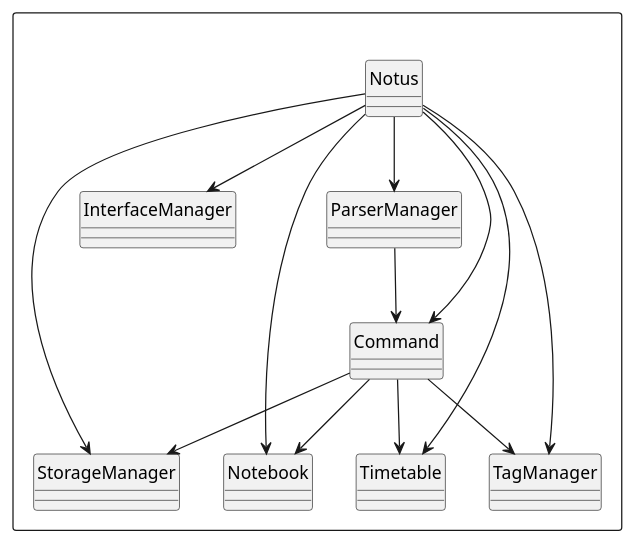
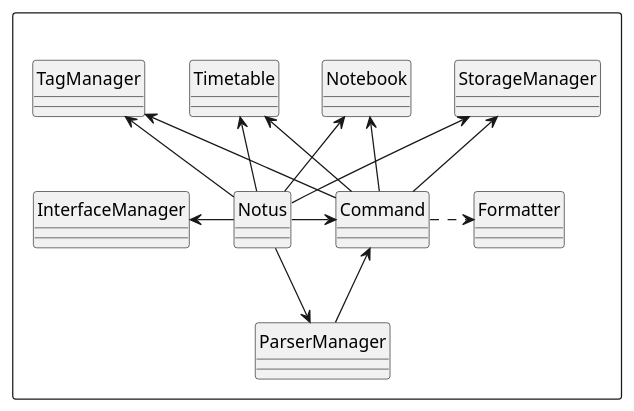
The diagram in docs/diagrams/Architecture_Overview.puml (nus-cs2113-AY2021S1/tp), drawn with PlantUML before and after one commit. The commit also changed 23 other files, not shown here.

Commit message:
Updated UML Sequence diagrams and UG

```diff
--- a/docs/diagrams/Architecture_Overview.puml
+++ b/docs/diagrams/Architecture_Overview.puml
@@ -1,32 +1,36 @@
 @startuml
 
 hide circle
 skinparam classAttributeIconSize 0
 
 Package " "<<Rectangle>>{
     Class StorageManager
     Class InterfaceManager
     Class Notebook
     Class Timetable
     Class TagManager
     Class ParserManager
     Class Command
     Class Notus
+    Class Formatter
 }
 
-Notus --> StorageManager
-Notus --> InterfaceManager
-Notus --> Notebook
-Notus --> Timetable
-Notus --> TagManager
-Notus --> ParserManager
-Notus --> Command
+Notus -left> InterfaceManager
+Notus -down-> ParserManager
+Notus -right> Command
+ParserManager -up-> Command
 
-ParserManager --> Command
 
-Command --> Notebook
-Command --> Timetable
-Command --> TagManager
-Command --> StorageManager
+Notus -up-> StorageManager
+Notus -up-> Notebook
+Notus -up-> Timetable
+Notus -up-> TagManager
+
+Command -up> StorageManager
+Command -up> Notebook
+Command -up> Timetable
+Command -up> TagManager
+
+Command ..right> Formatter
 
 @enduml
```
